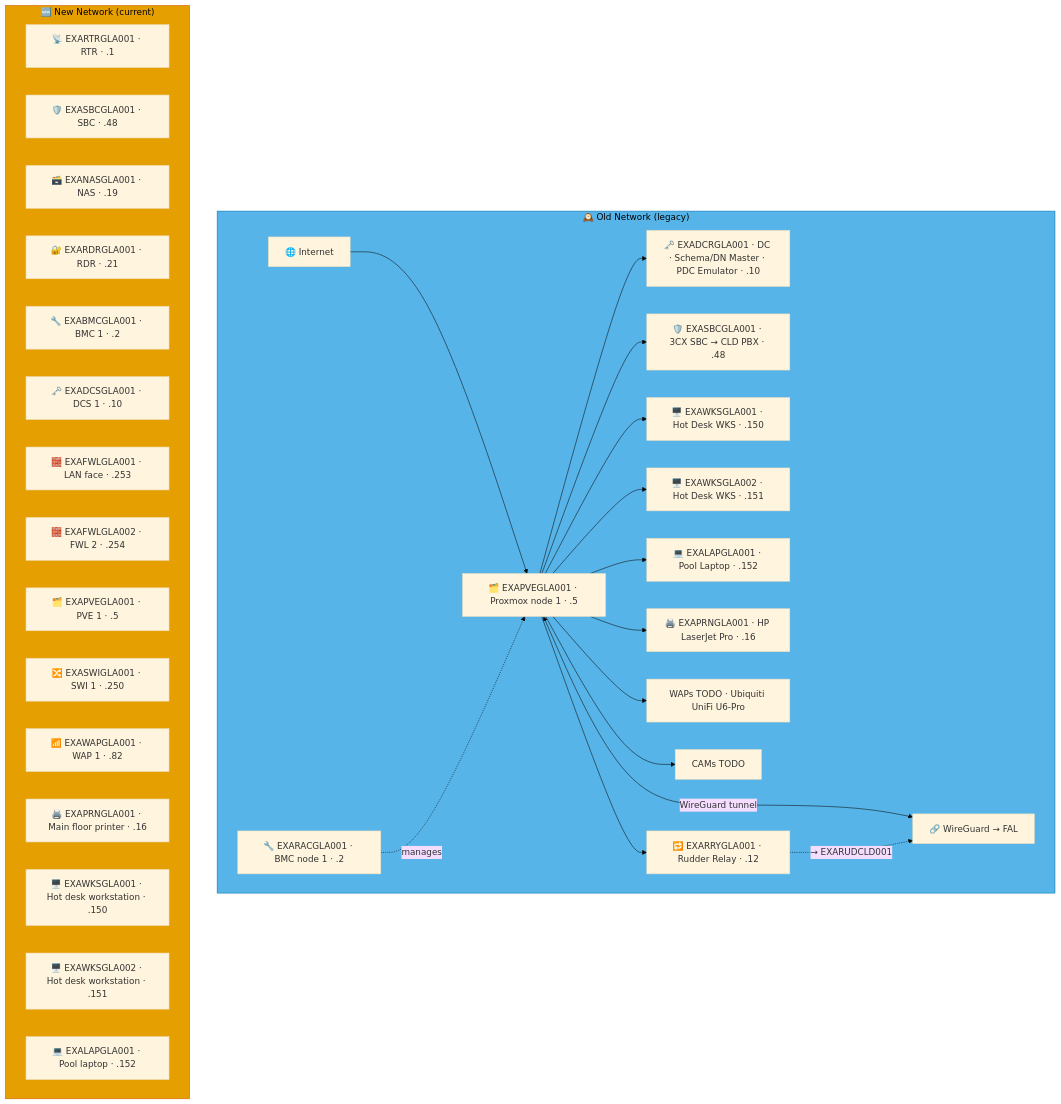
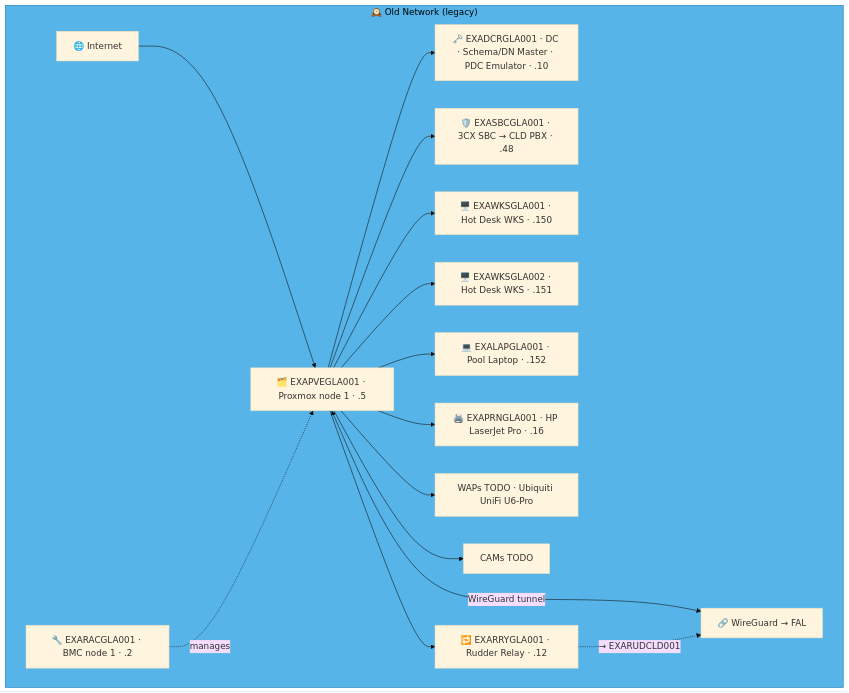
One commit to knightmare2600/example_music_infra changed the fifth of 14 diagrams in docs/network-diagram/scotland.md. Above: the diagram before and after it, drawn with Mermaid (base theme). The commit also changed other lines of this file and 35 other files, not shown here.

````diff
--- a/docs/network-diagram/scotland.md
+++ b/docs/network-diagram/scotland.md
@@ -242,48 +248,28 @@
 ```mermaid
 graph TD
     subgraph OLD_GLA ["🕰️ Old Network (legacy)"]
       INET["🌐 Internet"]
       PVE["🗂️ EXAPVEGLA001 · Proxmox node 1 · .5"]
       RAC["🔧 EXARACGLA001 · BMC node 1 · .2"]
       DC["🗝️ EXADCRGLA001 · DC · Schema/DN Master · PDC Emulator · .10"]
       SBC["🛡️ EXASBCGLA001 · 3CX SBC → CLD PBX · .48"]
       RRY["🔁 EXARRYGLA001 · Rudder Relay · .12"]
       WKS1["🖥️ EXAWKSGLA001 · Hot Desk WKS · .150"]
       WKS2["🖥️ EXAWKSGLA002 · Hot Desk WKS · .151"]
       LAP["💻 EXALAPGLA001 · Pool Laptop · .152"]
       PRN["🖨️ EXAPRNGLA001 · HP LaserJet Pro · .16"]
       WAP["WAPs TODO · Ubiquiti UniFi U6-Pro"]
       CAM["CAMs TODO"]
       VPN["🔗 WireGuard → FAL"]
 
       INET --> PVE
       PVE --> DC & SBC
       RAC -.->|"manages"| PVE
       PVE --> WKS1 & WKS2 & LAP & PRN & WAP & CAM
       PVE <-->|"WireGuard tunnel"| VPN
 
       PVE --> RRY
       RRY -. "→ EXARUDCLD001" .-> VPN
     end
     style OLD_GLA fill:#56B4E9,stroke:#0072B2,color:#000000
-    %% GENERATED:NEW-NETWORK:GLA:START
-    subgraph NEW_GLA ["🆕 New Network (current)"]
-      N_RTR["📡 EXARTRGLA001 · RTR · .1"]
-      N_SBC["🛡️ EXASBCGLA001 · SBC · .48"]
-      N_NAS["🗃️ EXANASGLA001 · NAS · .19"]
-      N_RDR["🔐 EXARDRGLA001 · RDR · .21"]
-      N_BMC["🔧 EXABMCGLA001 · BMC 1 · .2"]
-      N_DCS["🗝️ EXADCSGLA001 · DCS 1 · .10"]
-      N_FWL["🧱 EXAFWLGLA001 · LAN face · .253"]
-      N_FWL2["🧱 EXAFWLGLA002 · FWL 2 · .254"]
-      N_PVE["🗂️ EXAPVEGLA001 · PVE 1 · .5"]
-      N_SWI["🔀 EXASWIGLA001 · SWI 1 · .250"]
-      N_WAP["📶 EXAWAPGLA001 · WAP 1 · .82"]
-      N_PRN["🖨️ EXAPRNGLA001 · Main floor printer · .16"]
-      N_WKS["🖥️ EXAWKSGLA001 · Hot desk workstation · .150"]
-      N_WKS2["🖥️ EXAWKSGLA002 · Hot desk workstation · .151"]
-      N_LAP["💻 EXALAPGLA001 · Pool laptop · .152"]
-    end
-    style NEW_GLA fill:#E69F00,stroke:#D55E00,color:#000000
-    %% GENERATED:NEW-NETWORK:GLA:END
 ```
````
